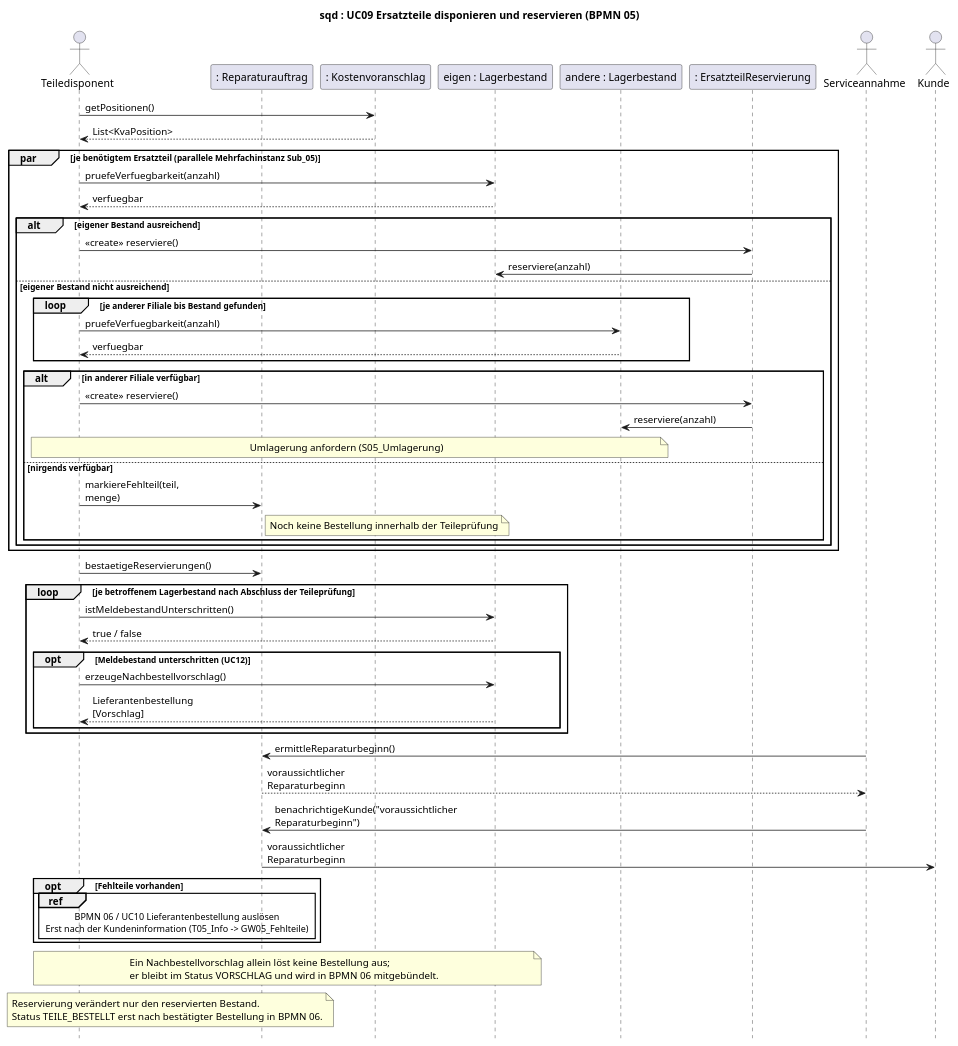
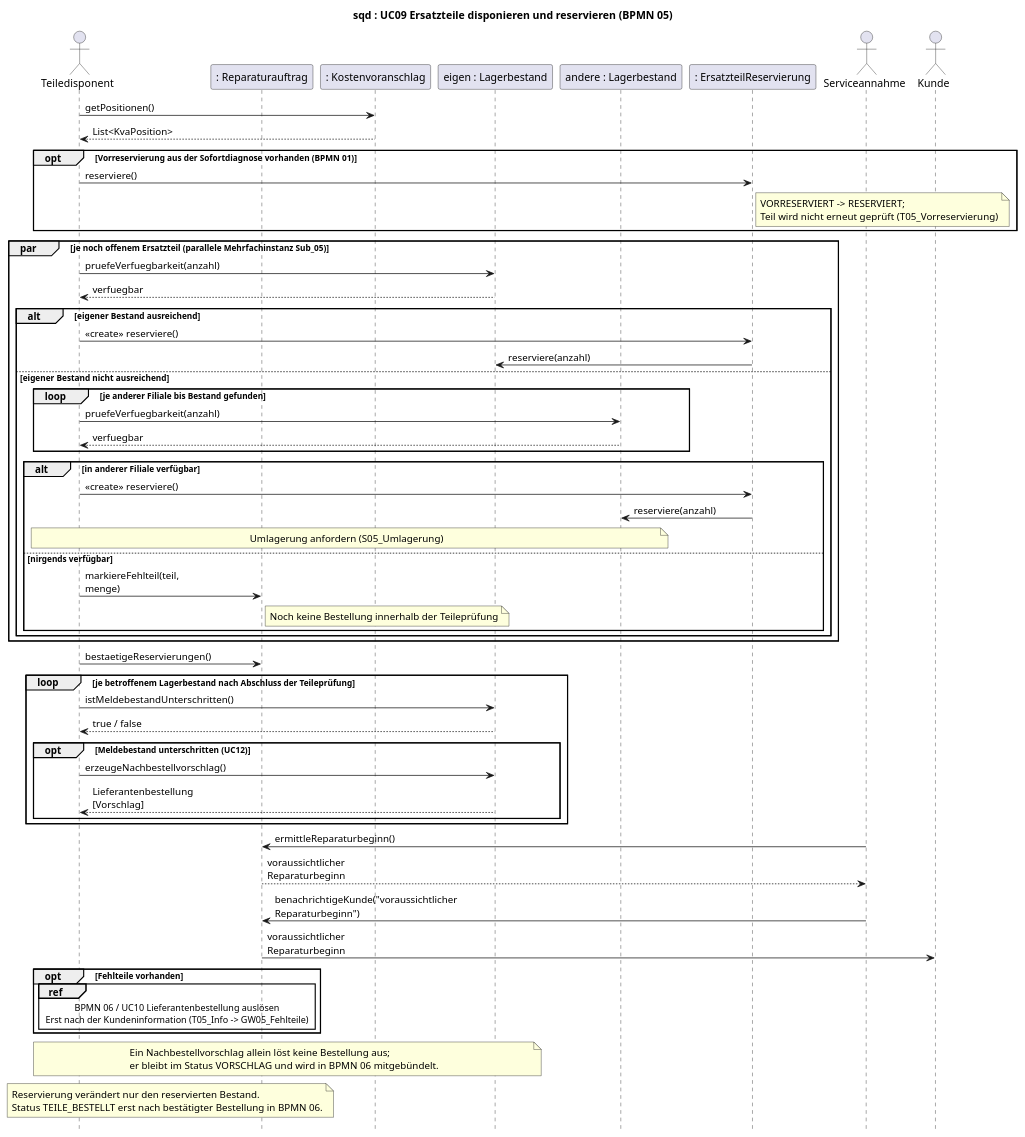
The diagram in 2_uml/entwurf-plantuml/sequenz-03-reservierung.puml (jakobschwan123-cmd/casestudy-semester-3), drawn with PlantUML before and after one commit. The commit also changed 13 other files, not shown here.

```diff
--- a/2_uml/entwurf-plantuml/sequenz-03-reservierung.puml
+++ b/2_uml/entwurf-plantuml/sequenz-03-reservierung.puml
@@ -1,60 +1,64 @@
 @startuml
 ' BPMN: p05-ersatzteilreservierung.bpmn
-' BPMN-Nodes: T05_Teileliste Sub_05 S05_Eigen GW05_Eigen S05_Reservieren S05_Andere GW05_Andere S05_ResAndere S05_Umlagerung S05_Fehlteil T05_Bestaetigen T05_Meldebestand GW05_Meldebestand T05_Nachbestellung T05_Beginn T05_Info GW05_Fehlteile T05_Bestellen
+' BPMN-Nodes: T05_Teileliste T05_Vorreservierung Sub_05 S05_Eigen GW05_Eigen S05_Reservieren S05_Andere GW05_Andere S05_ResAndere S05_Umlagerung S05_Fehlteil T05_Bestaetigen T05_Meldebestand GW05_Meldebestand T05_Nachbestellung T05_Beginn T05_Info GW05_Fehlteile T05_Bestellen
 title sqd : UC09 Ersatzteile disponieren und reservieren (BPMN 05)
 skinparam defaultFontName Arial
 skinparam sequenceMessageAlign left
 skinparam maxMessageSize 160
 hide footbox
 
 actor Teiledisponent as Disponent
 participant ": Reparaturauftrag" as RA
 participant ": Kostenvoranschlag" as KVA
 participant "eigen : Lagerbestand" as LB
 participant "andere : Lagerbestand" as AL
 participant ": ErsatzteilReservierung" as RES
 actor Serviceannahme as SM
 actor Kunde
 
 Disponent -> KVA : getPositionen()
 KVA --> Disponent : List<KvaPosition>
-par je benötigtem Ersatzteil (parallele Mehrfachinstanz Sub_05)
+opt Vorreservierung aus der Sofortdiagnose vorhanden (BPMN 01)
+    Disponent -> RES : reserviere()
+    note right of RES : VORRESERVIERT -> RESERVIERT;\nTeil wird nicht erneut geprüft (T05_Vorreservierung)
+end
+par je noch offenem Ersatzteil (parallele Mehrfachinstanz Sub_05)
     Disponent -> LB : pruefeVerfuegbarkeit(anzahl)
     LB --> Disponent : verfuegbar
     alt eigener Bestand ausreichend
         Disponent -> RES : <<create>> reserviere()
         RES -> LB : reserviere(anzahl)
     else eigener Bestand nicht ausreichend
         loop je anderer Filiale bis Bestand gefunden
             Disponent -> AL : pruefeVerfuegbarkeit(anzahl)
             AL --> Disponent : verfuegbar
         end
         alt in anderer Filiale verfügbar
             Disponent -> RES : <<create>> reserviere()
             RES -> AL : reserviere(anzahl)
             note over Disponent, AL : Umlagerung anfordern (S05_Umlagerung)
         else nirgends verfügbar
             Disponent -> RA : markiereFehlteil(teil, menge)
             note right of RA : Noch keine Bestellung innerhalb der Teileprüfung
         end
     end
 end
 Disponent -> RA : bestaetigeReservierungen()
 loop je betroffenem Lagerbestand nach Abschluss der Teileprüfung
     Disponent -> LB : istMeldebestandUnterschritten()
     LB --> Disponent : true / false
     opt Meldebestand unterschritten (UC12)
         Disponent -> LB : erzeugeNachbestellvorschlag()
         LB --> Disponent : Lieferantenbestellung [Vorschlag]
     end
 end
 SM -> RA : ermittleReparaturbeginn()
 RA --> SM : voraussichtlicher Reparaturbeginn
 SM -> RA : benachrichtigeKunde("voraussichtlicher Reparaturbeginn")
 RA -> Kunde : voraussichtlicher Reparaturbeginn
 opt Fehlteile vorhanden
     ref over Disponent, RA : BPMN 06 / UC10 Lieferantenbestellung auslösen\nErst nach der Kundeninformation (T05_Info -> GW05_Fehlteile)
 end
 note over Disponent, LB : Ein Nachbestellvorschlag allein löst keine Bestellung aus;\ner bleibt im Status VORSCHLAG und wird in BPMN 06 mitgebündelt.
 note over Disponent, RA : Reservierung verändert nur den reservierten Bestand.\nStatus TEILE_BESTELLT erst nach bestätigter Bestellung in BPMN 06.
 @enduml
```
